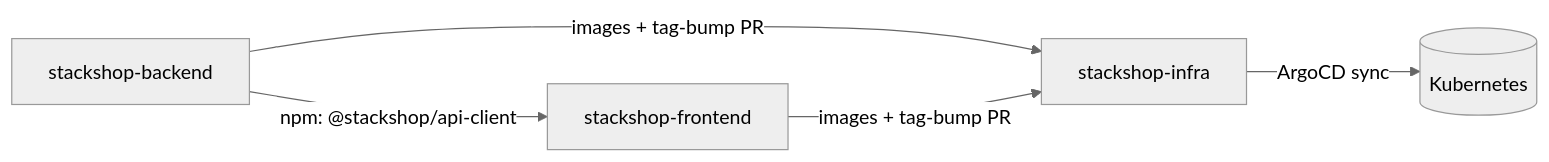
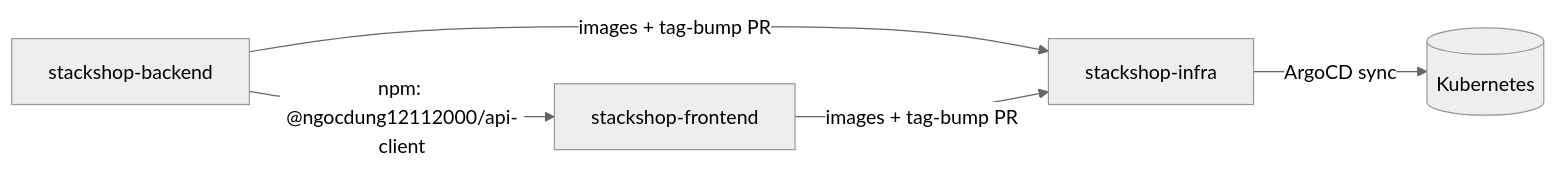
One commit to ngocdung12112000/stack-app changed the fifth of 5 diagrams in docs/02-architecture.md. Above: the diagram before and after it, drawn with Mermaid (neutral theme). The commit also changed other lines of this file and 14 other files, not shown here.

Commit message:
docs: rename api client scope to @ngocdung12112000 (ADR-002) and note Phase 0 scaffold

````diff
--- a/docs/02-architecture.md
+++ b/docs/02-architecture.md
@@ -321,7 +321,7 @@
 ```mermaid
 flowchart LR
-    BE[stackshop-backend] -->|npm: @stackshop/api-client| FE[stackshop-frontend]
+    BE[stackshop-backend] -->|npm: @ngocdung12112000/api-client| FE[stackshop-frontend]
     BE -->|images + tag-bump PR| INF[stackshop-infra]
     FE -->|images + tag-bump PR| INF
     INF -->|ArgoCD sync| K8S[(Kubernetes)]
 ```
````
